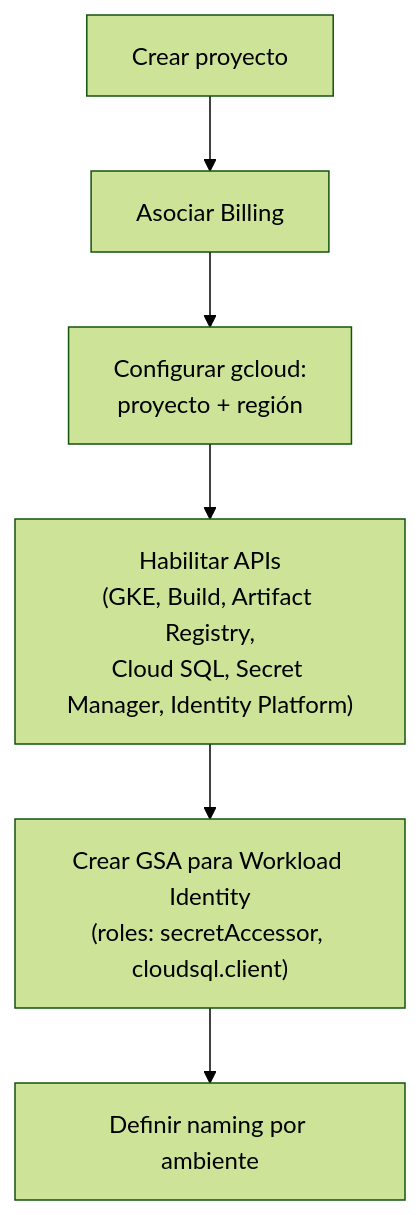
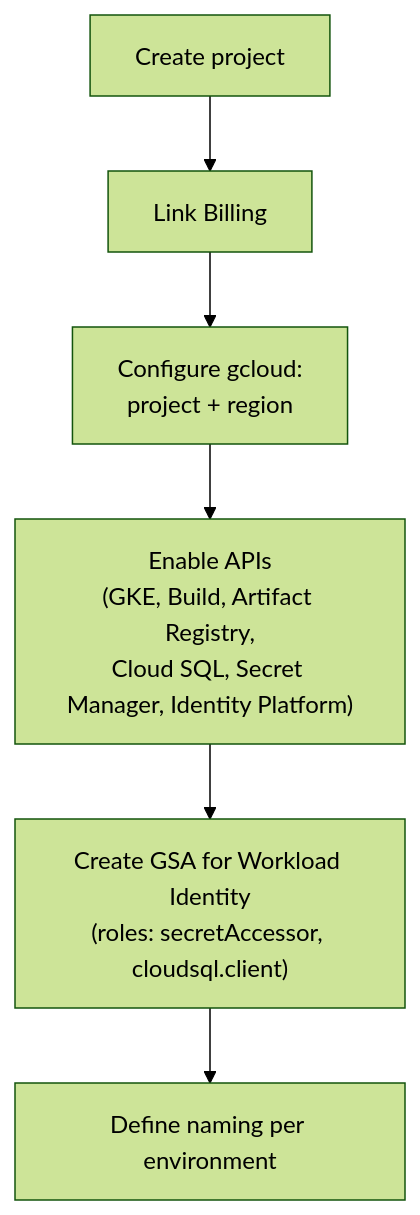
One commit to aabse/hogwarts-backend changed the diagram in GKE_GCP_DEPLOYMENT/02_gcp_project_setup.md. Above: the diagram before and after it, drawn with Mermaid (forest theme). The commit also changed other lines of this file and 14 other files, not shown here.

````diff
--- a/GKE_GCP_DEPLOYMENT/02_gcp_project_setup.md
+++ b/GKE_GCP_DEPLOYMENT/02_gcp_project_setup.md
@@ -14,8 +14,8 @@
 ```mermaid
 flowchart TD
-    P[Crear proyecto] --> B[Asociar Billing]
-    B --> R[Configurar gcloud:<br/>proyecto + región]
-    R --> A["Habilitar APIs<br/>(GKE, Build, Artifact Registry,<br/>Cloud SQL, Secret Manager, Identity Platform)"]
-    A --> SA["Crear GSA para Workload Identity<br/>(roles: secretAccessor, cloudsql.client)"]
-    SA --> N[Definir naming por ambiente]
+    P[Create project] --> B[Link Billing]
+    B --> R[Configure gcloud:<br/>project + region]
+    R --> A["Enable APIs<br/>(GKE, Build, Artifact Registry,<br/>Cloud SQL, Secret Manager, Identity Platform)"]
+    A --> SA["Create GSA for Workload Identity<br/>(roles: secretAccessor, cloudsql.client)"]
+    SA --> N[Define naming per environment]
 ```
````
